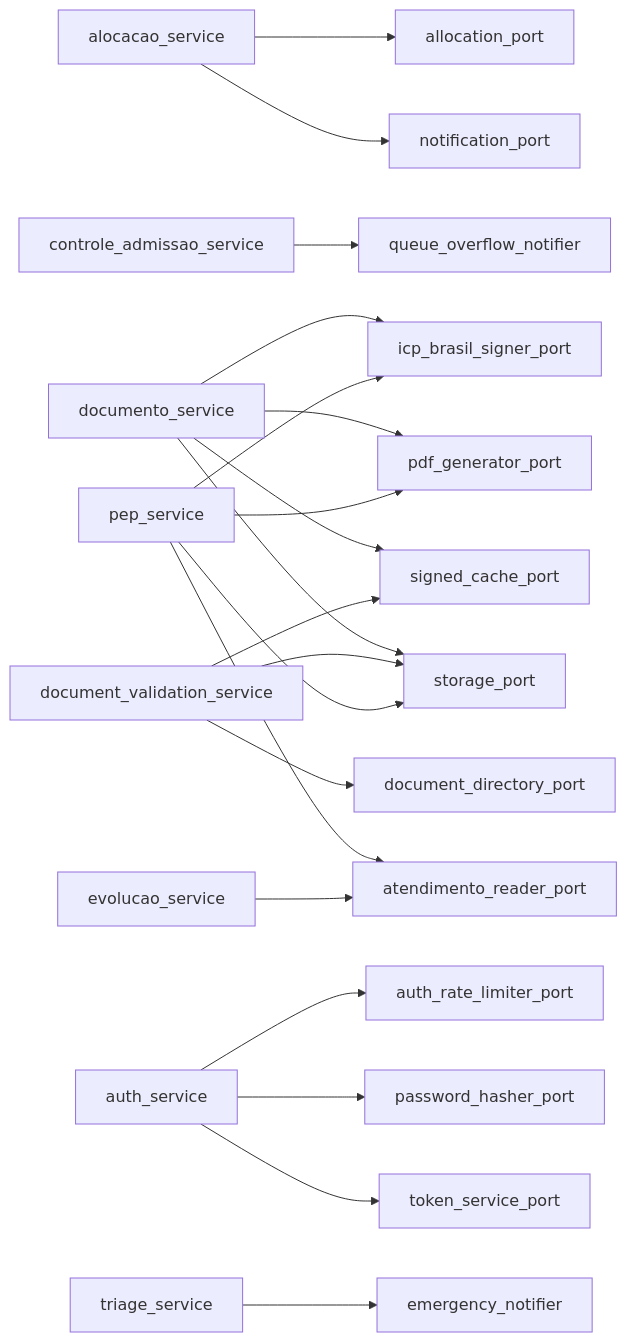
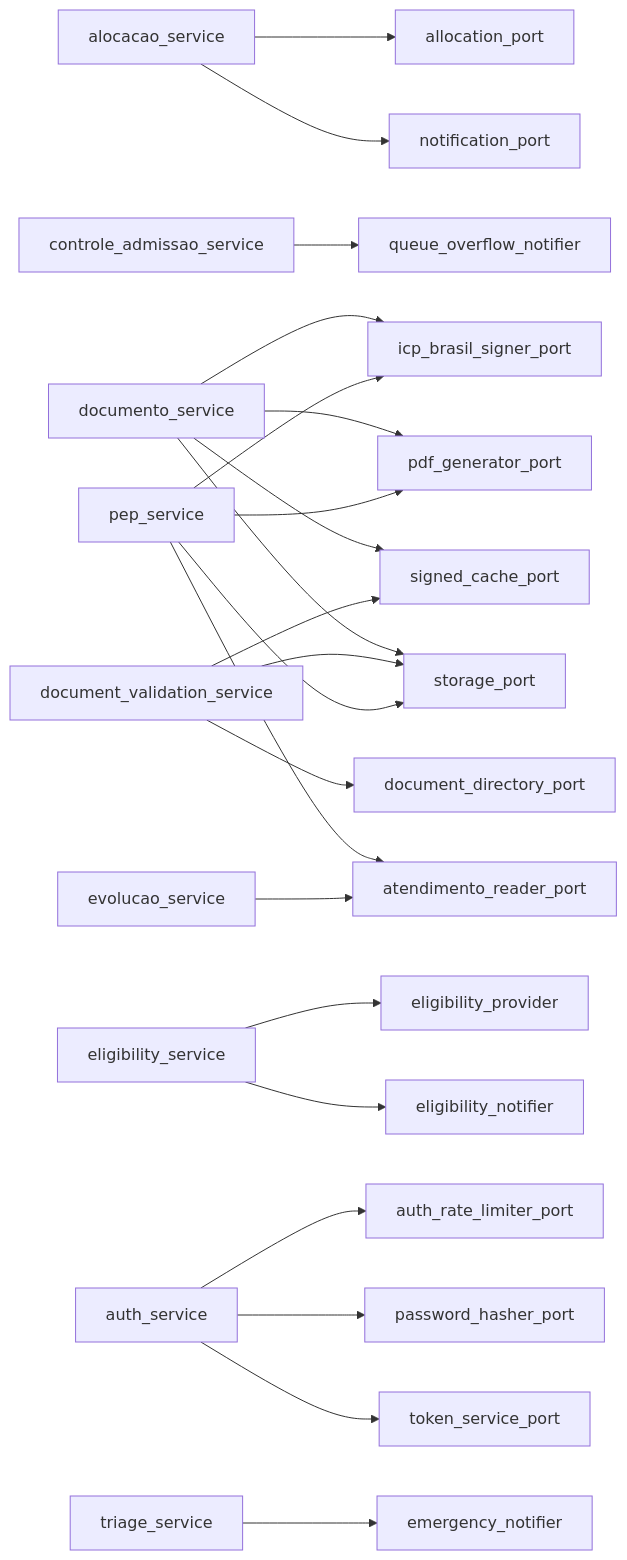
One commit to Rafaelp122/medisync changed the diagram in docs/explanation/concepts/inter-module-protocols.md. Above: the diagram before and after it, drawn with Mermaid. The commit also changed other lines of this file, not shown here.

````diff
--- a/docs/explanation/concepts/inter-module-protocols.md
+++ b/docs/explanation/concepts/inter-module-protocols.md
@@ -122,22 +122,24 @@
 ```mermaid
 flowchart LR
     alocacao_service --> allocation_port
     alocacao_service --> notification_port
     controle_admissao_service --> queue_overflow_notifier
     documento_service --> icp_brasil_signer_port
     documento_service --> pdf_generator_port
     documento_service --> signed_cache_port
     documento_service --> storage_port
     document_validation_service --> document_directory_port
     document_validation_service --> signed_cache_port
     document_validation_service --> storage_port
     pep_service --> atendimento_reader_port
     pep_service --> icp_brasil_signer_port
     pep_service --> pdf_generator_port
     pep_service --> storage_port
     evolucao_service --> atendimento_reader_port
+    eligibility_service --> eligibility_provider
+    eligibility_service --> eligibility_notifier
     auth_service --> auth_rate_limiter_port
     auth_service --> password_hasher_port
     auth_service --> token_service_port
     triage_service --> emergency_notifier
 ```
````
